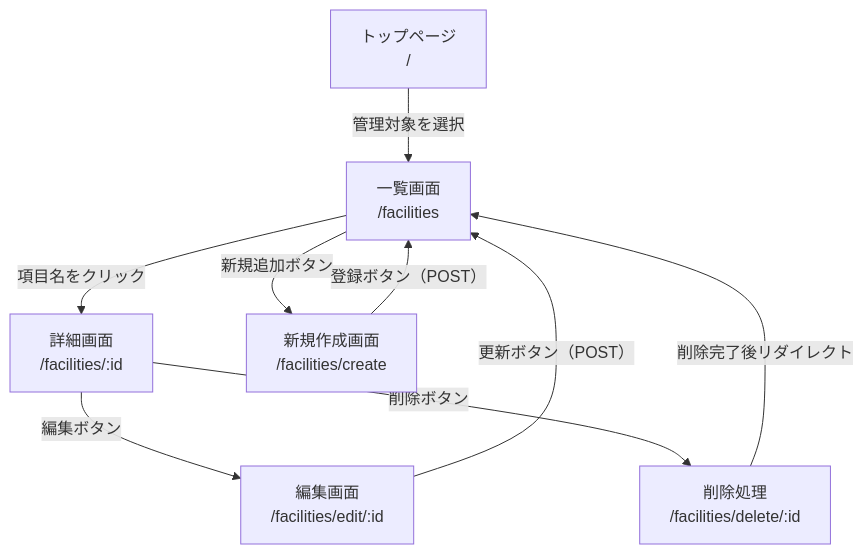
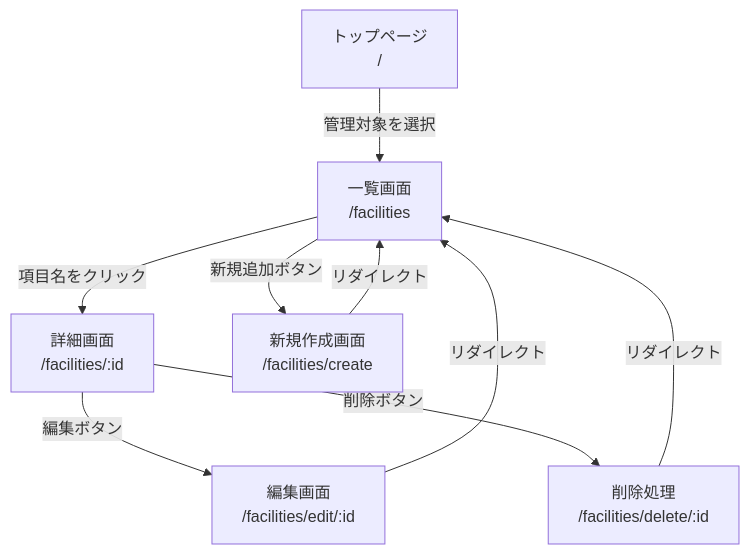
One commit to s25g1060nf-blip/webpro_06 changed the diagram in wpro.md. Above: the diagram before and after it, drawn with Mermaid.

````diff
--- a/wpro.md
+++ b/wpro.md
@@ -1,24 +1,24 @@
 ```mermaid
 flowchart TD
     Top["トップページ<br/>/"]
 
     List["一覧画面<br/>/facilities"]
     Detail["詳細画面<br/>/facilities/:id"]
 
     Create["新規作成画面<br/>/facilities/create"]
     Edit["編集画面<br/>/facilities/edit/:id"]
     Delete["削除処理<br/>/facilities/delete/:id"]
 
     Top -->|管理対象を選択| List
 
     List -->|項目名をクリック| Detail
     List -->|新規追加ボタン| Create
 
-    Create -->|登録ボタン（POST）| List
+    Create -->|リダイレクト| List
 
     Detail -->|編集ボタン| Edit
     Detail -->|削除ボタン| Delete
 
-    Edit -->|更新ボタン（POST）| List
-    Delete -->|削除完了後リダイレクト| List
+    Edit -->|リダイレクト| List
+    Delete -->|リダイレクト| List
 ```
````
